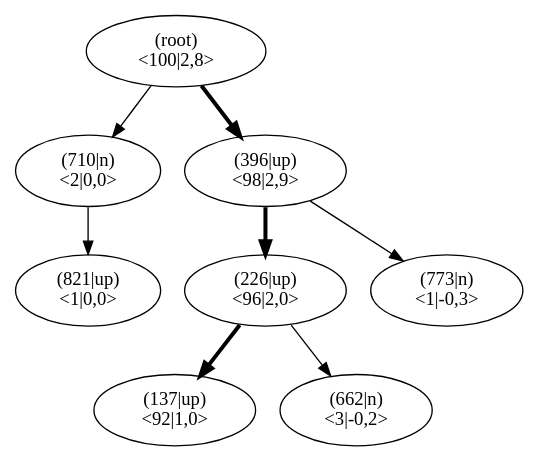
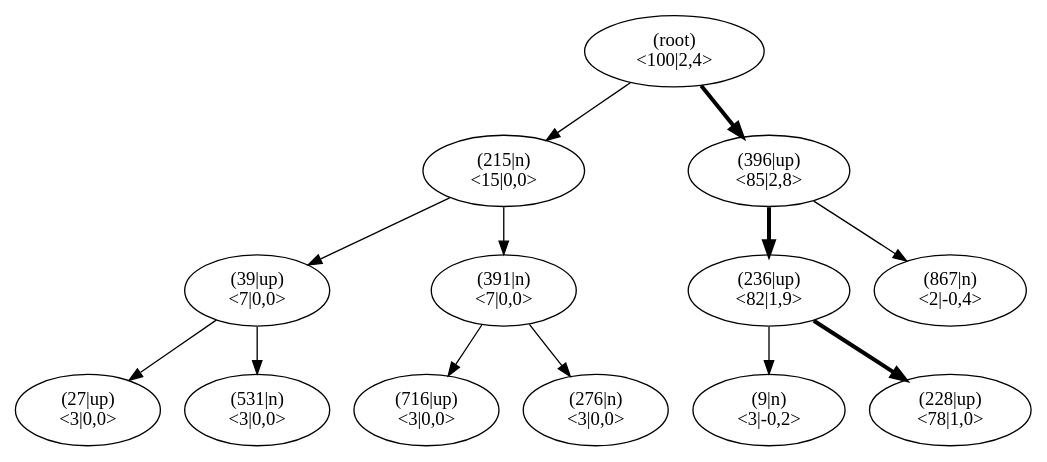
The diagram in pictures/ch13/jumper_test_mcts.dot (JonasHellgren/relexp-java), drawn with Graphviz before and after one commit. The commit also changed 13 other files, not shown here.

```diff
--- a/pictures/ch13/jumper_test_mcts.dot
+++ b/pictures/ch13/jumper_test_mcts.dot
@@ -1,26 +1,41 @@
 digraph MCTS {
 node [shape=ellipse];
 Nroot [label="(root)
-<100|2,8>"];
-Nroot -> N710[penwidth=1];
-N710 [label="(710|n)
-<2|0,0>"];
-N710 -> N821[penwidth=1];
-N821 [label="(821|up)
-<1|0,0>"];
+<100|2,4>"];
+Nroot -> N215[penwidth=1];
+N215 [label="(215|n)
+<15|0,0>"];
+N215 -> N39[penwidth=1];
+N39 [label="(39|up)
+<7|0,0>"];
+N39 -> N27[penwidth=1];
+N27 [label="(27|up)
+<3|0,0>"];
+N39 -> N531[penwidth=1];
+N531 [label="(531|n)
+<3|0,0>"];
+N215 -> N391[penwidth=1];
+N391 [label="(391|n)
+<7|0,0>"];
+N391 -> N716[penwidth=1];
+N716 [label="(716|up)
+<3|0,0>"];
+N391 -> N276[penwidth=1];
+N276 [label="(276|n)
+<3|0,0>"];
 Nroot -> N396[penwidth=3];
 N396 [label="(396|up)
-<98|2,9>"];
-N396 -> N226[penwidth=3];
-N226 [label="(226|up)
-<96|2,0>"];
-N226 -> N137[penwidth=3];
-N137 [label="(137|up)
-<92|1,0>"];
-N226 -> N662[penwidth=1];
-N662 [label="(662|n)
+<85|2,8>"];
+N396 -> N236[penwidth=3];
+N236 [label="(236|up)
+<82|1,9>"];
+N236 -> N9[penwidth=1];
+N9 [label="(9|n)
 <3|-0,2>"];
-N396 -> N773[penwidth=1];
-N773 [label="(773|n)
-<1|-0,3>"];
+N236 -> N228[penwidth=3];
+N228 [label="(228|up)
+<78|1,0>"];
+N396 -> N867[penwidth=1];
+N867 [label="(867|n)
+<2|-0,4>"];
 }
```
